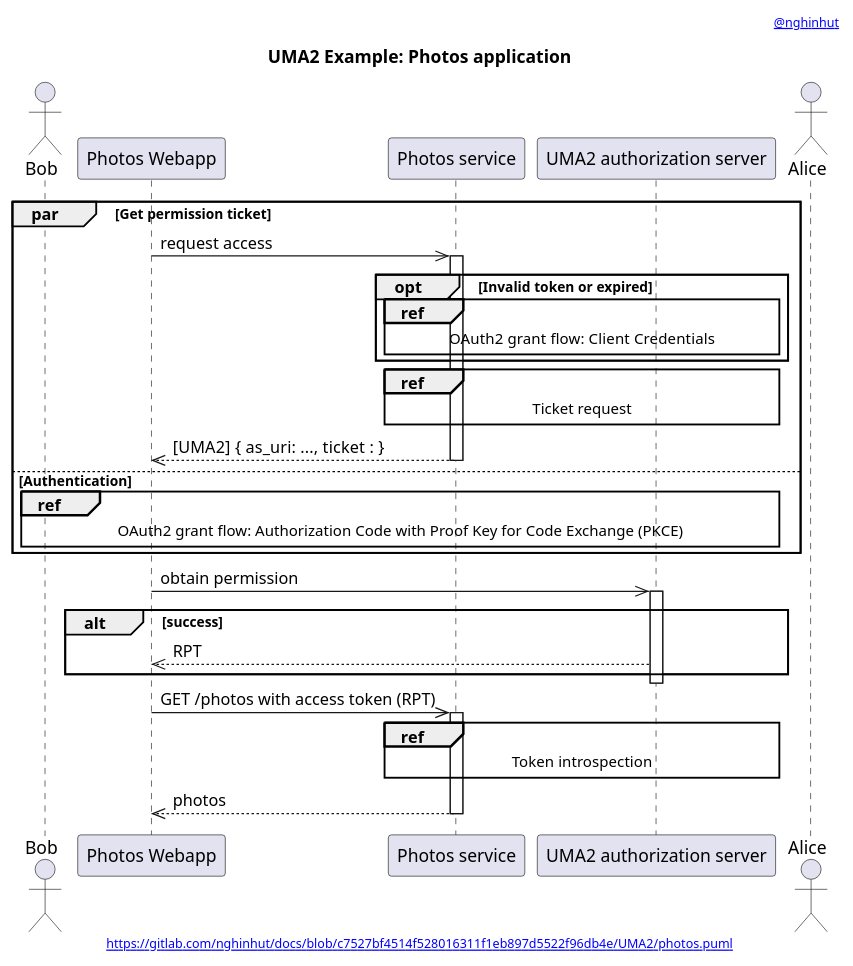
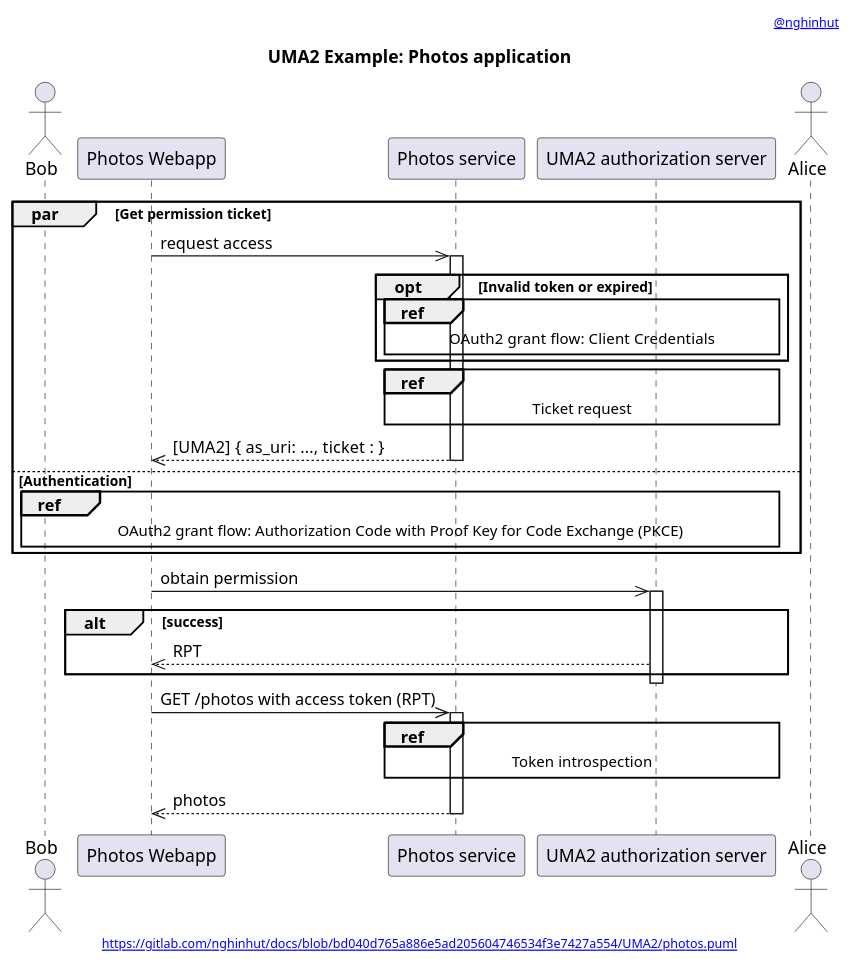
The diagram in UMA2/photos.apps.puml (nghinhut/docs), drawn with PlantUML before and after one commit. The commit also changed 18 other files, not shown here.

Commit message:
Update diagrams

```diff
--- a/UMA2/photos.apps.puml
+++ b/UMA2/photos.apps.puml
@@ -1,43 +1,43 @@
 @startuml
 '-----START auto generated metadata please keep comment here to allow auto update-----
 '-----DON'T EDIT THIS SECTION, INSTEAD RE-RUN prebuild.sh TO UPDATE-----
-header [[mailto:nghinhut@gmail.com @nghinhut]]
-footer [[http://www.plantuml.com/plantuml/proxy?fmt=svg&src=https://gitlab.com/nghinhut/docs/raw/c7527bf4514f528016311f1eb897d5522f96db4e/UMA2/photos.puml https://gitlab.com/nghinhut/docs/blob/c7527bf4514f528016311f1eb897d5522f96db4e/UMA2/photos.puml]]
+header [[www.nghinhut.dev?from=http://www.plantuml.com/plantuml/proxy?fmt=svg&src=https://gitlab.com/nghinhut/docs/raw/bd040d765a886e5ad205604746534f3e7427a554/UMA2/photos.puml @nghinhut]]
+footer [[http://www.plantuml.com/plantuml/proxy?fmt=svg&src=https://gitlab.com/nghinhut/docs/raw/bd040d765a886e5ad205604746534f3e7427a554/UMA2/photos.puml https://gitlab.com/nghinhut/docs/blob/bd040d765a886e5ad205604746534f3e7427a554/UMA2/photos.puml]]
 '-----END auto generated metadata please keep comment here to allow auto update-----
 title UMA2 Example: Photos application
 
 actor "Bob" as rp
 participant "Photos Webapp" as client
 participant "Photos service" as rs
 participant "UMA2 authorization server" as as
 actor "Alice" as ro
 
 par Get permission ticket
     client ->> rs : request access
     activate rs
 
     opt Invalid token or expired
         ref over rs, as : OAuth2 grant flow: Client  Credentials
     end
 
     ref over rs, as : Ticket request
 
     client <<-- rs : [UMA2] { as_uri: ...,  ticket : }
     deactivate rs
 else Authentication
     ref over rp, as : OAuth2 grant flow: Authorization Code with Proof Key for Code Exchange (PKCE)
 end
 
 client ->> as : obtain permission
 activate as
 alt success
 client <<-- as : RPT
 end
 deactivate as
 
 client ->> rs : GET /photos with access token (RPT)
 activate rs
 ref over rs, as : Token introspection
 client <<-- rs : photos
 deactivate rs
 @enduml
```
